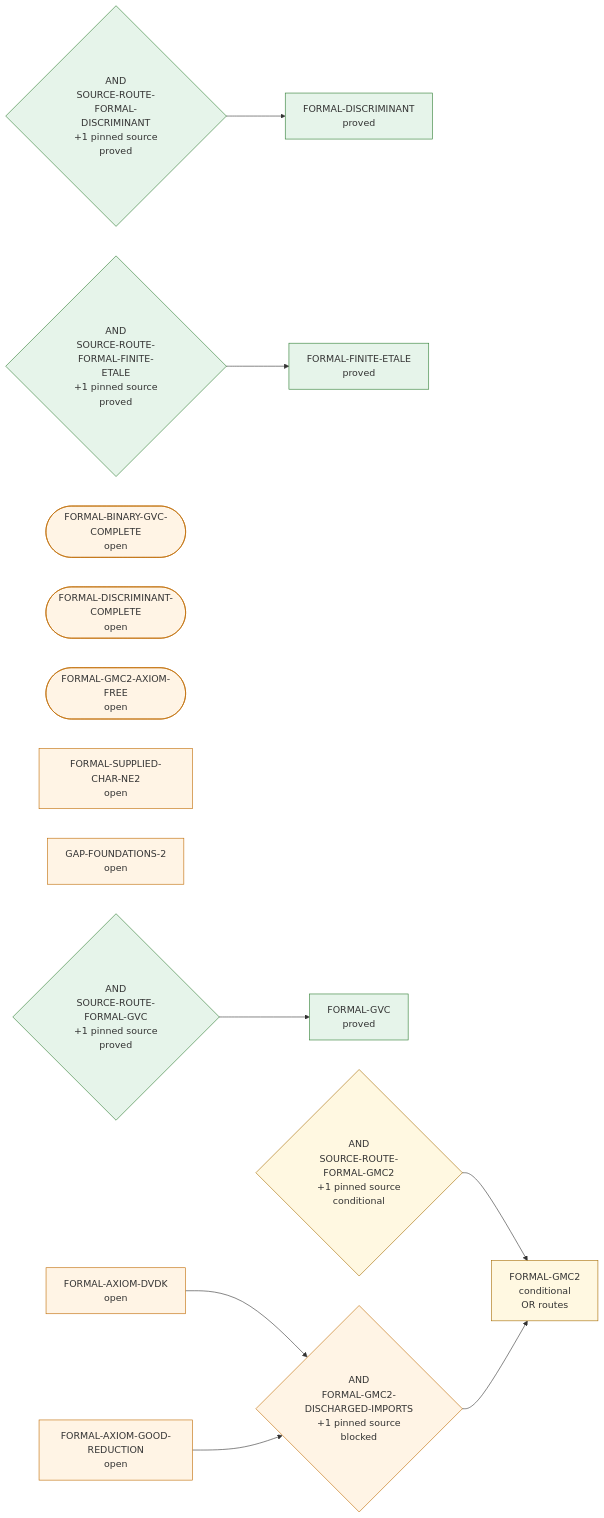
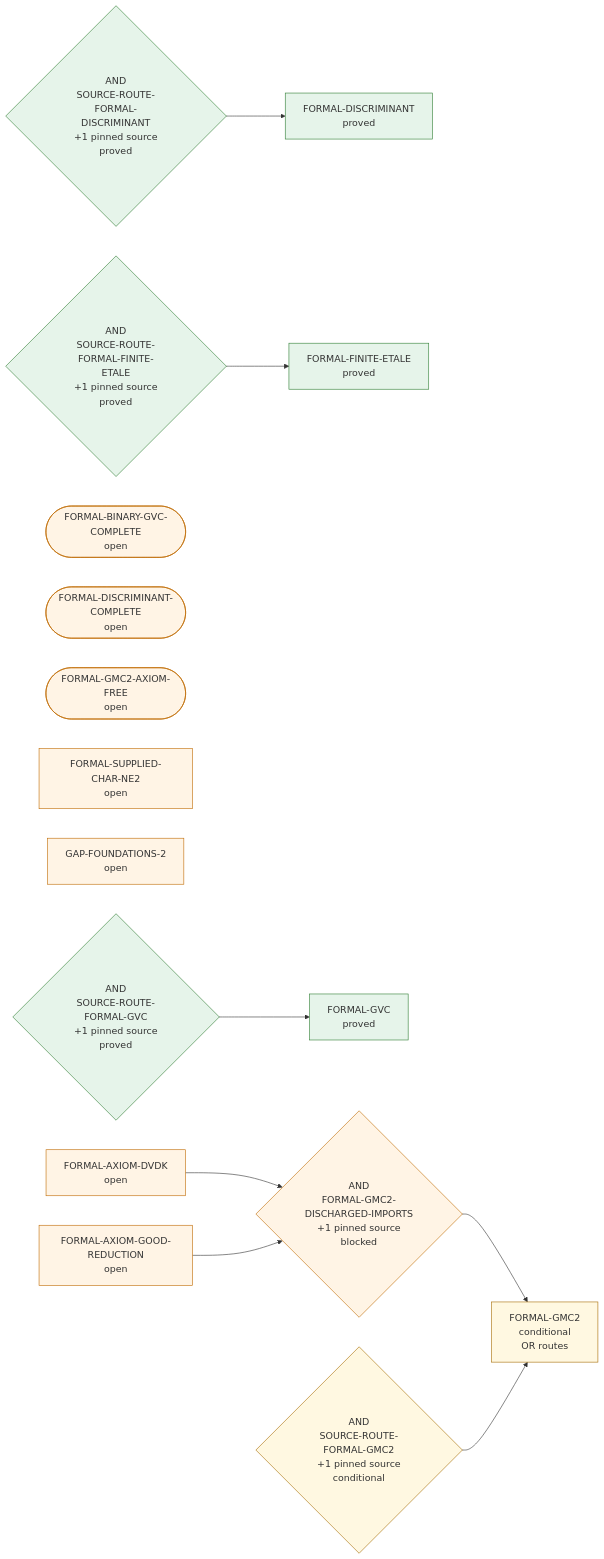
Before and after one commit to royvanrijn/jacobian-research: the eighth of 8 diagrams in research/DEPENDENCIES.md, drawn with Mermaid. The commit also changed other lines of this file and 222 other files, not shown here.

````diff
--- a/research/DEPENDENCIES.md
+++ b/research/DEPENDENCIES.md
@@ -816,48 +831,48 @@
 ```mermaid
 flowchart LR
   n0["FORMAL-AXIOM-DVDK<br/>open"]
   class n0 open
   n1["FORMAL-AXIOM-GOOD-REDUCTION<br/>open"]
   class n1 open
   n2(["FORMAL-BINARY-GVC-COMPLETE<br/>open"])
   class n2 open
   n3(["FORMAL-DISCRIMINANT-COMPLETE<br/>open"])
   class n3 open
   n4(["FORMAL-GMC2-AXIOM-FREE<br/>open"])
   class n4 open
   n5["FORMAL-SUPPLIED-CHAR-NE2<br/>open"]
   class n5 open
   n6["GAP-FOUNDATIONS-2<br/>open"]
   class n6 open
   n7["FORMAL-DISCRIMINANT<br/>proved"]
   class n7 proved
   n8["FORMAL-FINITE-ETALE<br/>proved"]
   class n8 proved
   n9["FORMAL-GMC2<br/>conditional<br/>OR routes"]
   class n9 conditional
   n10["FORMAL-GVC<br/>proved"]
   class n10 proved
-  r0{"AND<br/>SOURCE-ROUTE-FORMAL-GVC<br/>+1 pinned source<br/>proved"}
+  r0{"AND<br/>SOURCE-ROUTE-FORMAL-<br/>DISCRIMINANT<br/>+1 pinned source<br/>proved"}
   class r0 proved
-  r0 --> n10
-  r1{"AND<br/>SOURCE-ROUTE-FORMAL-GMC2<br/>+1 pinned source<br/>conditional"}
-  class r1 conditional
-  r1 --> n9
-  r2{"AND<br/>SOURCE-ROUTE-FORMAL-FINITE-<br/>ETALE<br/>+1 pinned source<br/>proved"}
-  class r2 proved
-  r2 --> n8
-  r3{"AND<br/>SOURCE-ROUTE-FORMAL-<br/>DISCRIMINANT<br/>+1 pinned source<br/>proved"}
-  class r3 proved
-  r3 --> n7
-  r4{"AND<br/>FORMAL-GMC2-DISCHARGED-IMPORTS<br/>+1 pinned source<br/>blocked"}
-  class r4 open
-  n0 --> r4
-  n1 --> r4
-  r4 --> n9
+  r0 --> n7
+  r1{"AND<br/>SOURCE-ROUTE-FORMAL-FINITE-<br/>ETALE<br/>+1 pinned source<br/>proved"}
+  class r1 proved
+  r1 --> n8
+  r2{"AND<br/>FORMAL-GMC2-DISCHARGED-IMPORTS<br/>+1 pinned source<br/>blocked"}
+  class r2 open
+  n0 --> r2
+  n1 --> r2
+  r2 --> n9
+  r3{"AND<br/>SOURCE-ROUTE-FORMAL-GMC2<br/>+1 pinned source<br/>conditional"}
+  class r3 conditional
+  r3 --> n9
+  r4{"AND<br/>SOURCE-ROUTE-FORMAL-GVC<br/>+1 pinned source<br/>proved"}
+  class r4 proved
+  r4 --> n10
   classDef proved fill:#e6f4ea,stroke:#2e7d32
   classDef conditional fill:#fff8e1,stroke:#a66b00
   classDef open fill:#fff4e5,stroke:#bf6a00
   classDef stale fill:#fce8e6,stroke:#c62828
   classDef falsified fill:#ffebee,stroke:#8e0000
   classDef unmapped fill:#f1f3f4,stroke:#607d8b
 ```
````
